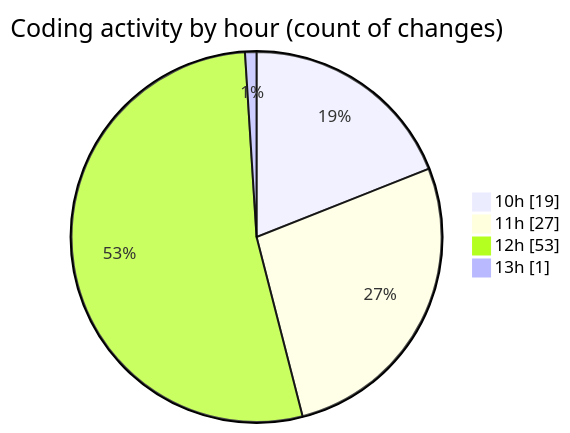
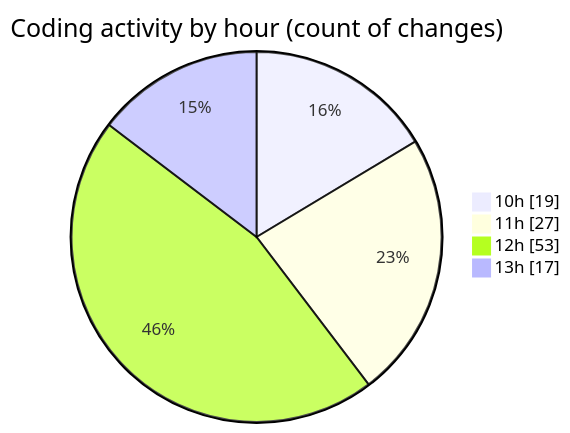
Before and after one commit to momahboobian/code-tracking: the second of 2 diagrams in 2025-03-18/cda/README.md, drawn with Mermaid. The commit also changed other lines of this file and 1 other file, not shown here.

````diff
--- a/2025-03-18/cda/README.md
+++ b/2025-03-18/cda/README.md
@@ -42,8 +42,8 @@
 ```mermaid
 pie showData
 title Coding activity by hour (count of changes)
 "10h" : 19
 "11h" : 27
 "12h" : 53
-"13h" : 1
+"13h" : 17
 ```
````
